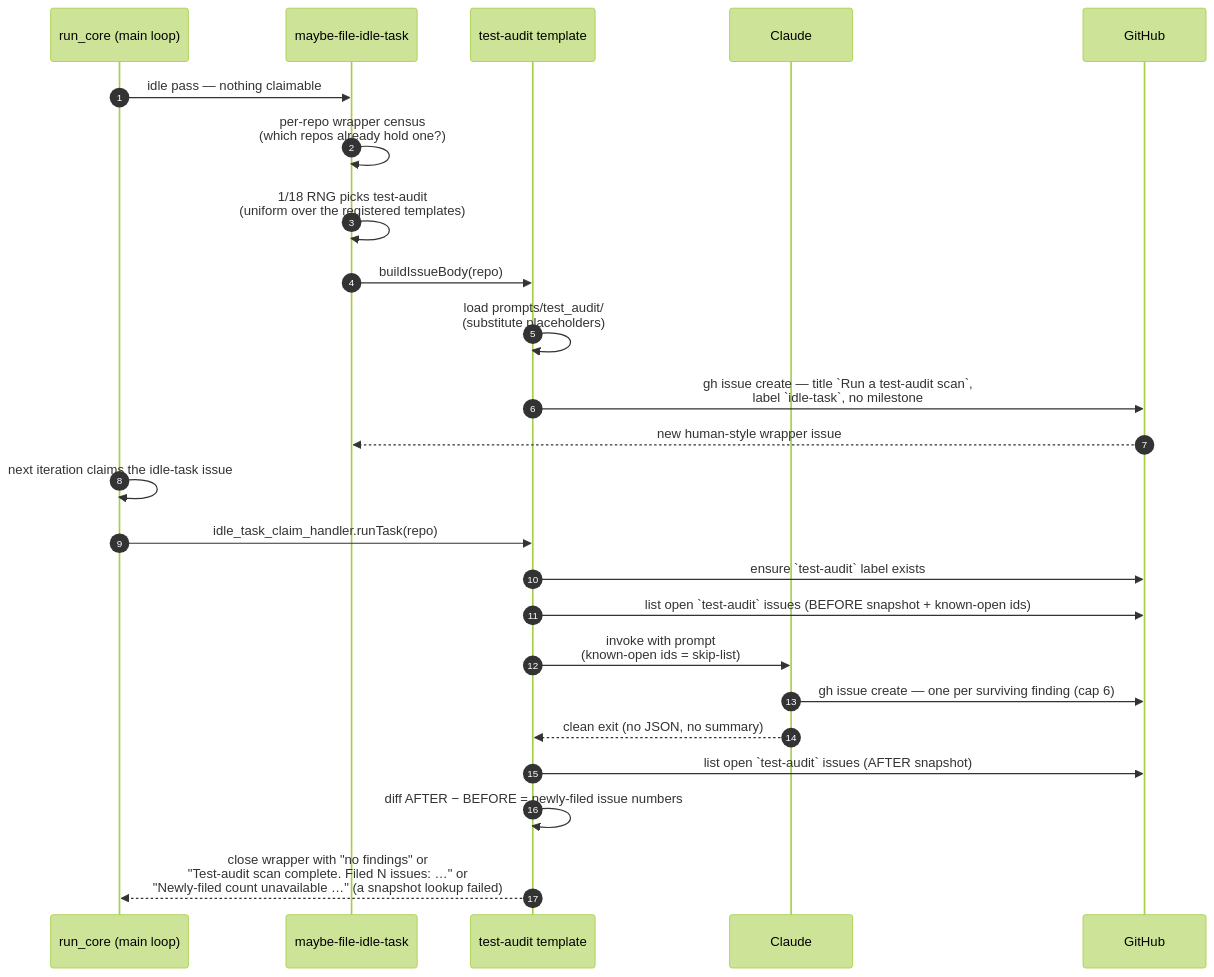
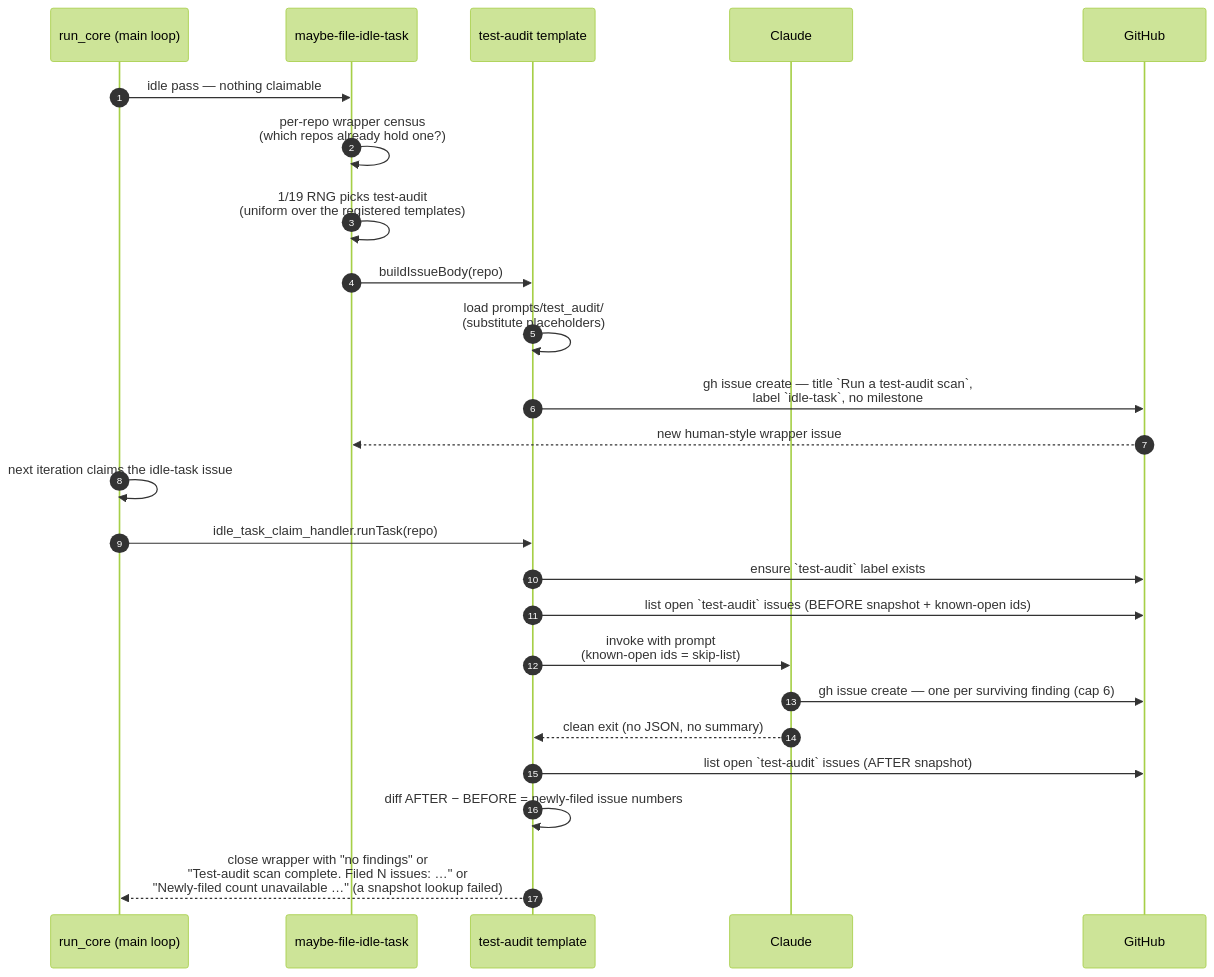
Before and after one commit to stSoftwareAU/VibeCoder: the first of 2 diagrams in docs/TEST-AUDIT-SCAN.md, drawn with Mermaid (forest theme). The commit also changed other lines of this file and 12 other files, not shown here.

````diff
--- a/docs/TEST-AUDIT-SCAN.md
+++ b/docs/TEST-AUDIT-SCAN.md
@@ -173,27 +173,27 @@
 ```mermaid
 sequenceDiagram
     autonumber
     participant Main as run_core (main loop)
     participant Filer as maybe-file-idle-task
     participant Template as test-audit template
     participant Claude
     participant GH as GitHub
 
     Main->>Filer: idle pass — nothing claimable
     Filer->>Filer: per-repo wrapper census<br/>(which repos already hold one?)
-    Filer->>Filer: 1/18 RNG picks test-audit<br/>(uniform over the registered templates)
+    Filer->>Filer: 1/19 RNG picks test-audit<br/>(uniform over the registered templates)
     Filer->>Template: buildIssueBody(repo)
     Template->>Template: load prompts/test_audit/<br/>(substitute placeholders)
     Template->>GH: gh issue create — title `Run a test-audit scan`,<br/>label `idle-task`, no milestone
     GH-->>Filer: new human-style wrapper issue
     Main->>Main: next iteration claims the idle-task issue
     Main->>Template: idle_task_claim_handler.runTask(repo)
     Template->>GH: ensure `test-audit` label exists
     Template->>GH: list open `test-audit` issues (BEFORE snapshot + known-open ids)
     Template->>Claude: invoke with prompt<br/>(known-open ids = skip-list)
     Claude->>GH: gh issue create — one per surviving finding (cap 6)
     Claude-->>Template: clean exit (no JSON, no summary)
     Template->>GH: list open `test-audit` issues (AFTER snapshot)
     Template->>Template: diff AFTER − BEFORE = newly-filed issue numbers
     Template-->>Main: close wrapper with "no findings" or<br/>"Test-audit scan complete. Filed N issues: …" or<br/>"Newly-filed count unavailable …" (a snapshot lookup failed)
 ```
````
